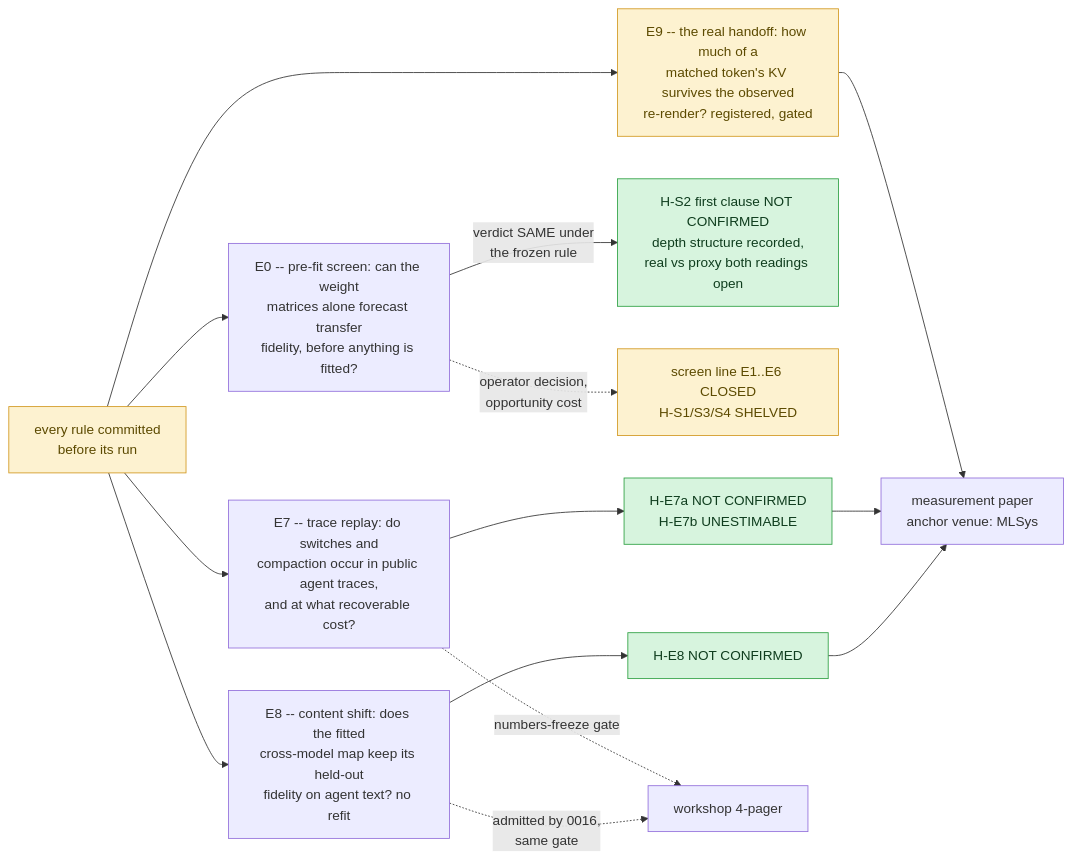
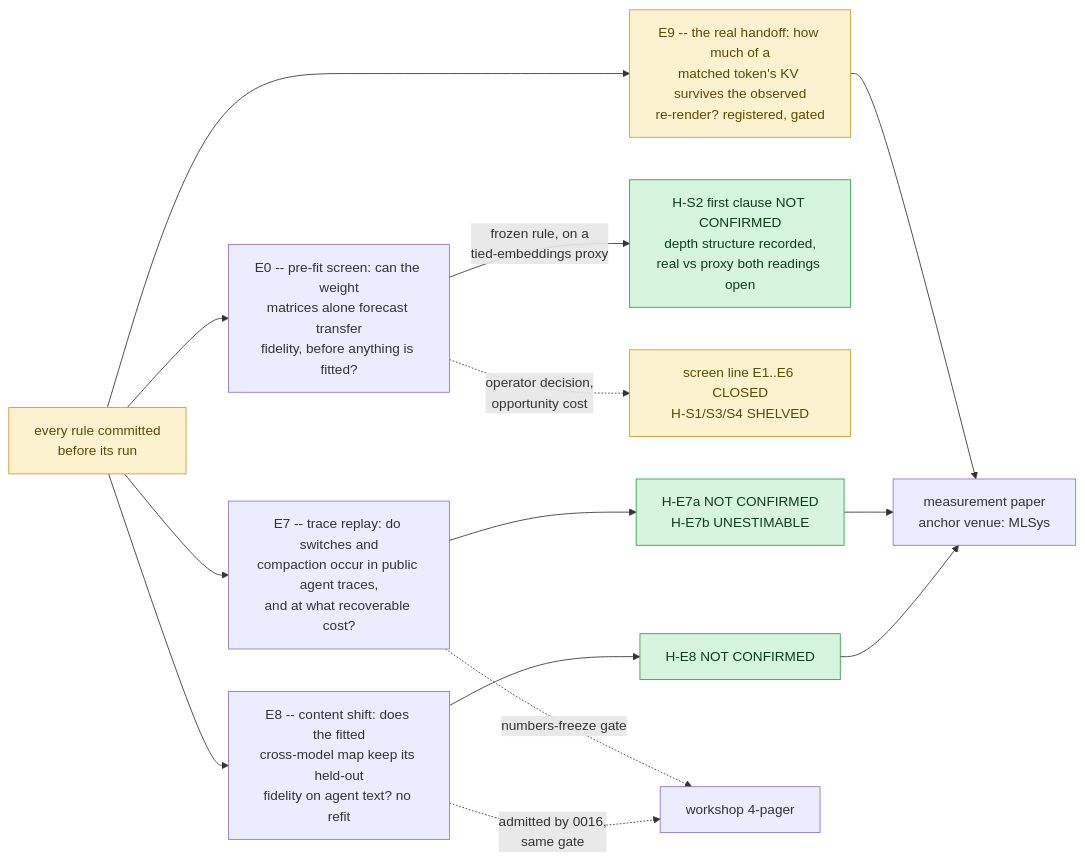
The first of 7 diagrams in README.md (hossainpazooki/linear-ceiling), drawn with Mermaid before and after one commit. The commit also changed other lines of this file and 3 other files, not shown here.

````diff
--- a/README.md
+++ b/README.md
@@ -15,20 +16,20 @@
 ```mermaid
 flowchart LR
     RULE[every rule committed<br/>before its run] --> E0
     RULE --> E7
     RULE --> E8
     RULE --> E9
-    E0["E0 -- pre-fit screen: can the weight<br/>matrices alone forecast transfer<br/>fidelity, before anything is fitted?"] -->|verdict SAME under<br/>the frozen rule| VS[H-S2 first clause NOT CONFIRMED<br/>depth structure recorded,<br/>real vs proxy both readings open]
+    E0["E0 -- pre-fit screen: can the weight<br/>matrices alone forecast transfer<br/>fidelity, before anything is fitted?"] -->|frozen rule, on a<br/>tied-embeddings proxy| VS[H-S2 first clause NOT CONFIRMED<br/>depth structure recorded,<br/>real vs proxy both readings open]
     E0 -.->|operator decision,<br/>opportunity cost| CLOSED[screen line E1..E6 CLOSED<br/>H-S1/S3/S4 SHELVED]
     E7["E7 -- trace replay: do switches and<br/>compaction occur in public agent traces,<br/>and at what recoverable cost?"] --> V7[H-E7a NOT CONFIRMED<br/>H-E7b UNESTIMABLE]
     E8["E8 -- content shift: does the fitted<br/>cross-model map keep its held-out<br/>fidelity on agent text? no refit"] --> V8[H-E8 NOT CONFIRMED]
     E9["E9 -- the real handoff: how much of a<br/>matched token's KV survives the observed<br/>re-render? registered, gated"] --> ANCHOR
     V7 --> ANCHOR[measurement paper<br/>anchor venue: MLSys]
     V8 --> ANCHOR
     E7 -.->|numbers-freeze gate| WS[workshop 4-pager]
     E8 -.->|admitted by 0016,<br/>same gate| WS
     classDef rule fill:#fdf2d0,stroke:#d29922,color:#5c4a00;
     classDef verdict fill:#d7f4de,stroke:#2ea043,color:#0f3d1e;
     class RULE,CLOSED,E9 rule;
     class VS,V7,V8 verdict;
 ```
````
